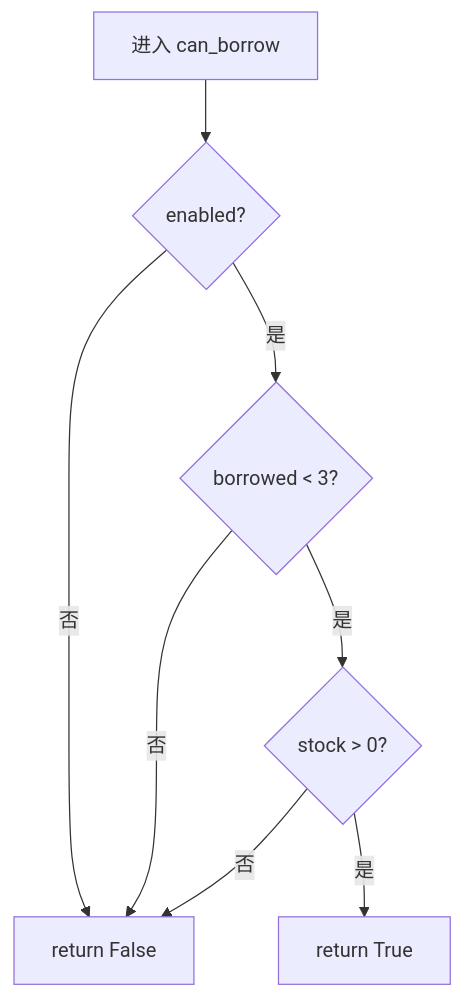
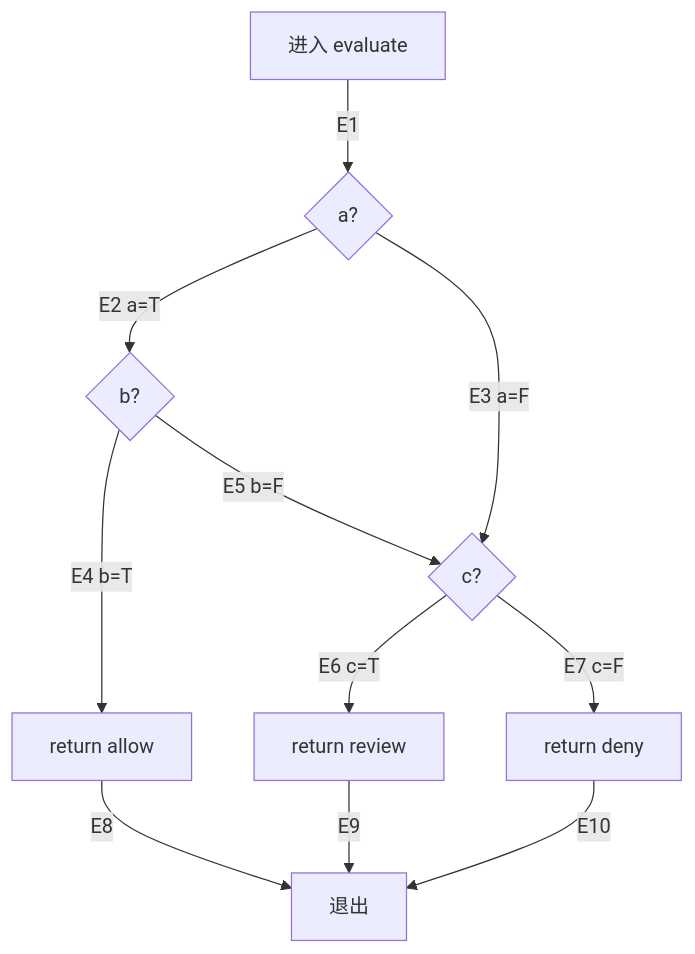
Before and after one commit to koco-co/hexo-blog: the diagram in source/_posts/learn-topic/testing-basics/测试基础(十二)白盒测试与覆盖率.md, drawn with Mermaid. The commit also changed other lines of this file and 100 other files, not shown here.

```diff
--- a/source/_posts/learn-topic/testing-basics/测试基础(十二)白盒测试与覆盖率.md
+++ b/source/_posts/learn-topic/testing-basics/测试基础(十二)白盒测试与覆盖率.md
@@ -43,10 +76,13 @@
 {% mermaid %}
 flowchart TD
-  A[进入 can_borrow] --> B{enabled?}
-  B -->|否| F[return False]
-  B -->|是| C{borrowed < 3?}
-  C -->|否| F
-  C -->|是| D{stock > 0?}
-  D -->|是| T[return True]
-  D -->|否| F
+  S[进入 evaluate] -->|E1| A{a?}
+  A -->|E2 a=T| B{b?}
+  A -->|E3 a=F| C{c?}
+  B -->|E4 b=T| T[return allow]
+  B -->|E5 b=F| C
+  C -->|E6 c=T| R[return review]
+  C -->|E7 c=F| F[return deny]
+  T -->|E8| X[退出]
+  R -->|E9| X
+  F -->|E10| X
 {% endmermaid %}
```
